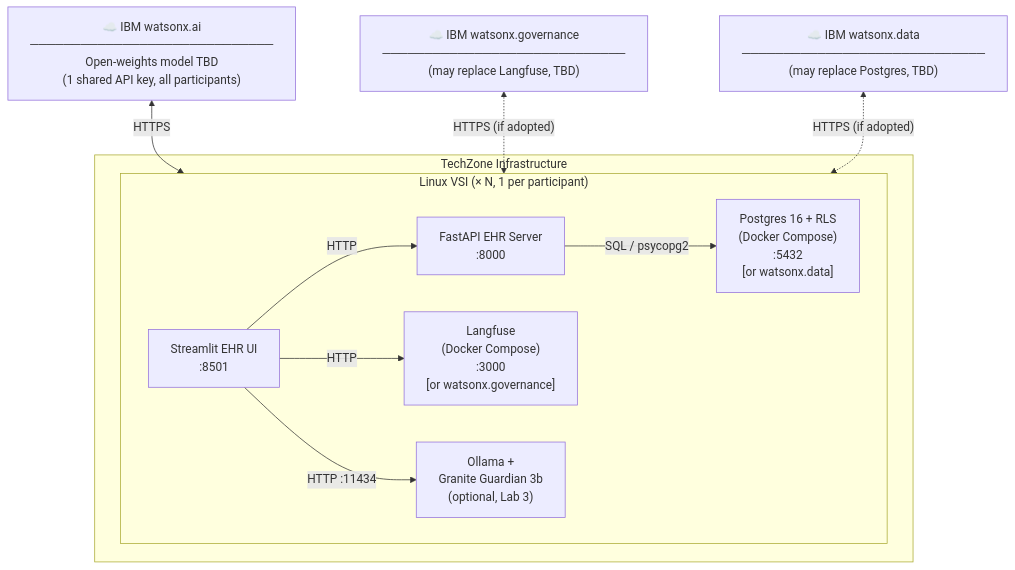
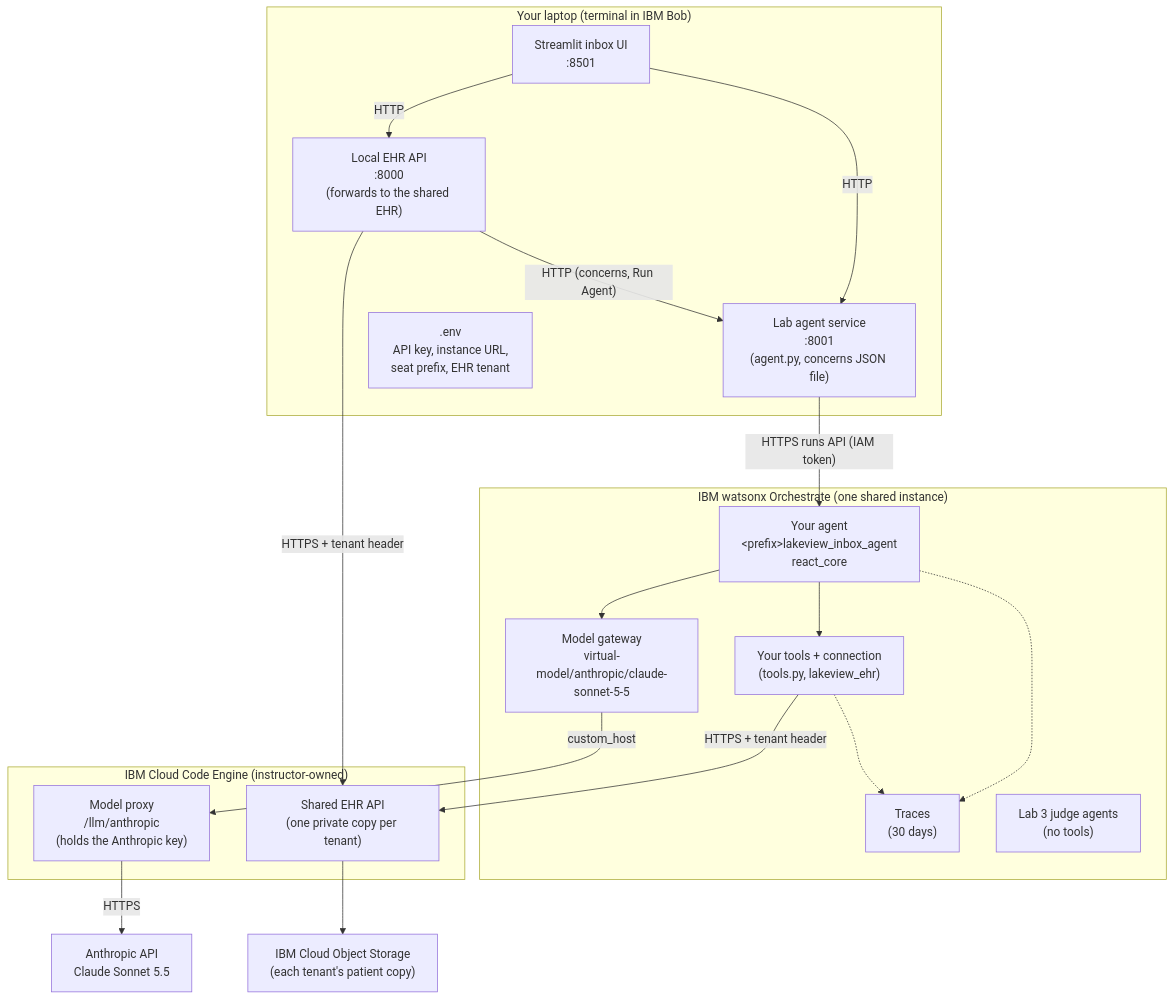
The diagram in docs/ibm/content/environment-topology.md (obuzek/ai-agents-workshop), drawn with Mermaid before and after one commit. The commit also changed other lines of this file and 7 other files, not shown here.

````diff
--- a/docs/ibm/content/environment-topology.md
+++ b/docs/ibm/content/environment-topology.md
@@ -5,24 +7,39 @@
 ```mermaid
 graph TD
-    WX["☁️ IBM watsonx.ai\n─────────────────────────────\nOpen-weights model TBD\n(1 shared API key, all participants)"]
-    WG["☁️ IBM watsonx.governance\n─────────────────────────────\n(may replace Langfuse, TBD)"]
-    WD["☁️ IBM watsonx.data\n─────────────────────────────\n(may replace Postgres, TBD)"]
-
-    subgraph TZ["TechZone Infrastructure"]
-        subgraph VSI["Linux VSI  (× N, 1 per participant)"]
-            UI["Streamlit EHR UI\n:8501"]
-            API["FastAPI EHR Server\n:8000"]
-            LF["Langfuse\n(Docker Compose)\n:3000\n[or watsonx.governance]"]
-            PG["Postgres 16 + RLS\n(Docker Compose)\n:5432\n[or watsonx.data]"]
-            OL["Ollama +\nGranite Guardian 3b\n(optional, Lab 3)"]
-        end
+    subgraph LAP["Your laptop (terminal in IBM Bob)"]
+        UI["Streamlit inbox UI\n:8501"]
+        API["Local EHR API\n:8000\n(forwards to the shared EHR)"]
+        AG["Lab agent service\n:8001\n(agent.py, concerns JSON file)"]
+        ENV[".env\nAPI key, instance URL,\nseat prefix, EHR tenant"]
     end
 
-    WX <-- "HTTPS" --> VSI
-    WG <-. "HTTPS (if adopted)" .-> VSI
-    WD <-. "HTTPS (if adopted)" .-> VSI
+    subgraph WXO["IBM watsonx Orchestrate (one shared instance)"]
+        AGENT["Your agent\n&lt;prefix&gt;lakeview_inbox_agent\nreact_core"]
+        TOOLS["Your tools + connection\n(tools.py, lakeview_ehr)"]
+        GW["Model gateway\nvirtual-model/anthropic/claude-sonnet-5-5"]
+        TR["Traces\n(30 days)"]
+        J["Lab 3 judge agents\n(no tools)"]
+    end
+
+    subgraph CE["IBM Cloud Code Engine (instructor-owned)"]
+        EHR["Shared EHR API\n(one private copy per tenant)"]
+        PX["Model proxy\n/llm/anthropic\n(holds the Anthropic key)"]
+    end
+
+    COS["IBM Cloud Object Storage\n(each tenant's patient copy)"]
+    ANT["Anthropic API\nClaude Sonnet 5.5"]
+
     UI -- "HTTP" --> API
-    UI -- "HTTP" --> LF
-    API -- "SQL / psycopg2" --> PG
-    UI -- "HTTP :11434" --> OL
+    UI -- "HTTP" --> AG
+    API -- "HTTP (concerns, Run Agent)" --> AG
+    API -- "HTTPS + tenant header" --> EHR
+    AG -- "HTTPS runs API (IAM token)" --> AGENT
+    AGENT --> TOOLS
+    AGENT --> GW
+    TOOLS -- "HTTPS + tenant header" --> EHR
+    GW -- "custom_host" --> PX
+    PX -- "HTTPS" --> ANT
+    EHR --> COS
+    AGENT -.-> TR
+    TOOLS -.-> TR
 ```
````
